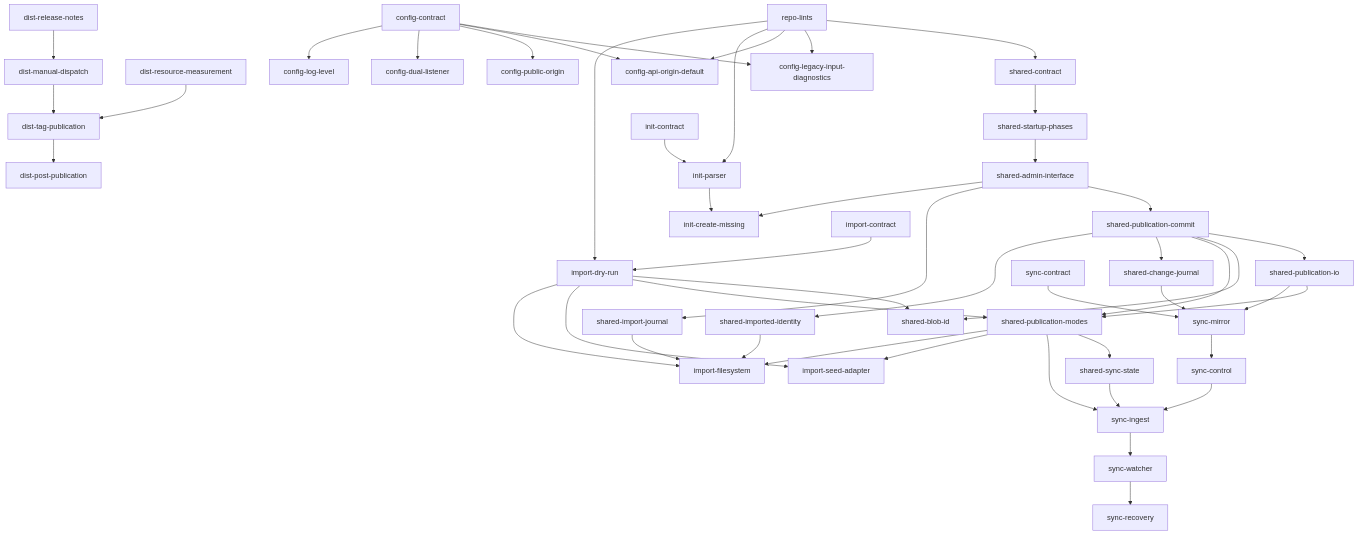
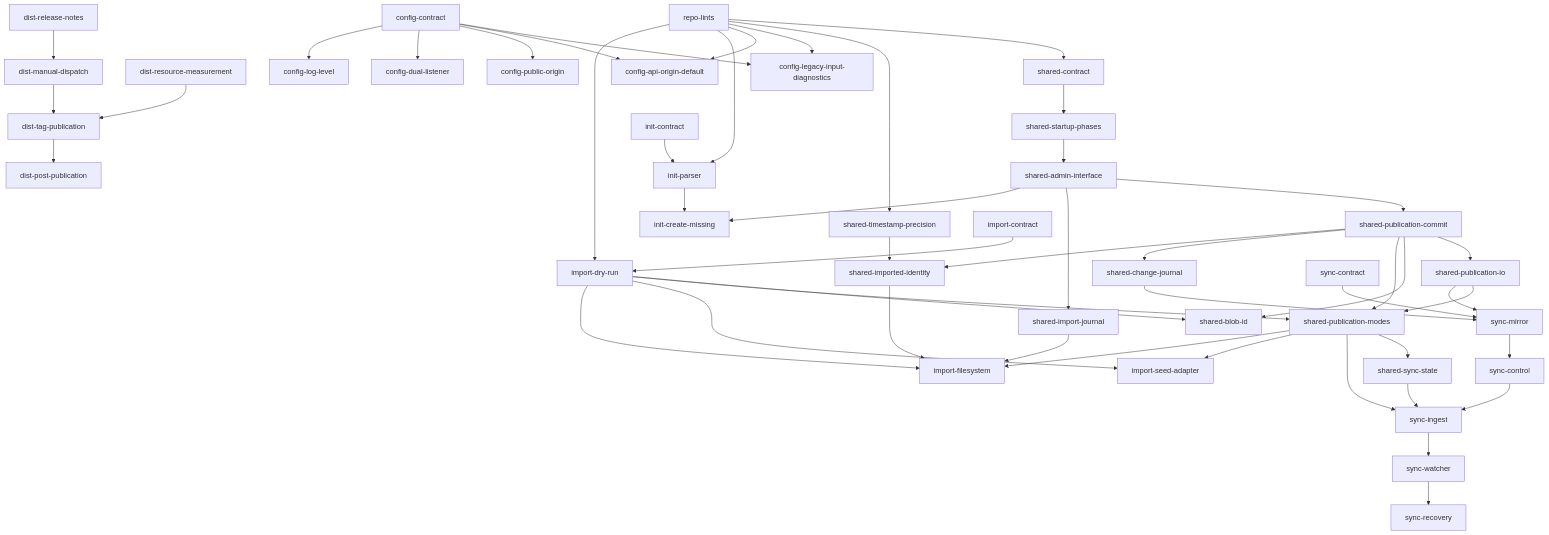
One commit to shiroemons/gcs-mimic changed the diagram in planning/onboarding-tracks-plan.ja.md. Above: the diagram before and after it, drawn with Mermaid. The commit also changed other lines of this file and 26 other files, not shown here.

````diff
--- a/planning/onboarding-tracks-plan.ja.md
+++ b/planning/onboarding-tracks-plan.ja.md
@@ -164,47 +164,48 @@
 ```mermaid
 flowchart TD
   dist-release-notes --> dist-manual-dispatch --> dist-tag-publication --> dist-post-publication
   dist-resource-measurement --> dist-tag-publication
 
   config-contract --> config-legacy-input-diagnostics
   config-contract --> config-api-origin-default
   config-contract --> config-public-origin
   config-contract --> config-dual-listener
   config-contract --> config-log-level
 
   repo-lints --> shared-contract
+  repo-lints --> shared-timestamp-precision --> shared-imported-identity
   repo-lints --> config-legacy-input-diagnostics
   repo-lints --> config-api-origin-default
   repo-lints --> init-parser
   repo-lints --> import-dry-run
 
   shared-contract --> shared-startup-phases --> shared-admin-interface --> shared-publication-commit
   shared-publication-commit --> shared-publication-io
   shared-publication-commit --> shared-blob-id
   import-dry-run --> shared-blob-id
   shared-publication-commit --> shared-publication-modes
   shared-publication-io --> shared-publication-modes
   import-dry-run --> shared-publication-modes
   shared-publication-commit --> shared-change-journal
   shared-publication-commit --> shared-imported-identity
   shared-publication-modes --> shared-sync-state
   shared-admin-interface --> shared-import-journal
 
   init-contract --> init-parser --> init-create-missing
   shared-admin-interface --> init-create-missing
 
   sync-contract --> sync-mirror
   shared-change-journal --> sync-mirror
   shared-publication-io --> sync-mirror
   sync-mirror --> sync-control --> sync-ingest
   shared-sync-state --> sync-ingest
   shared-publication-modes --> sync-ingest
   sync-ingest --> sync-watcher --> sync-recovery
 
   import-contract --> import-dry-run --> import-seed-adapter
   shared-publication-modes --> import-seed-adapter
   import-dry-run --> import-filesystem
   shared-publication-modes --> import-filesystem
   shared-imported-identity --> import-filesystem
   shared-import-journal --> import-filesystem
 ```
````
